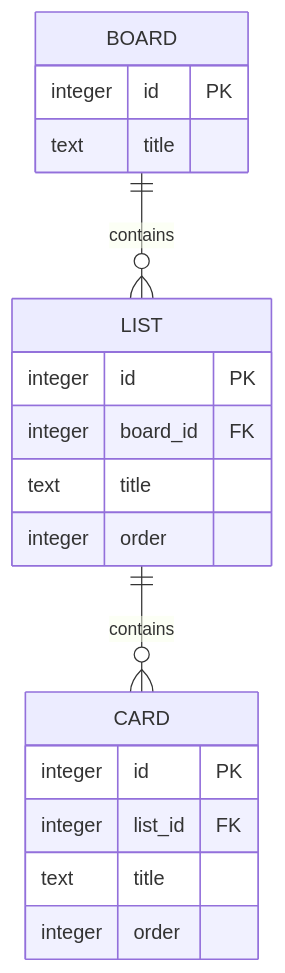
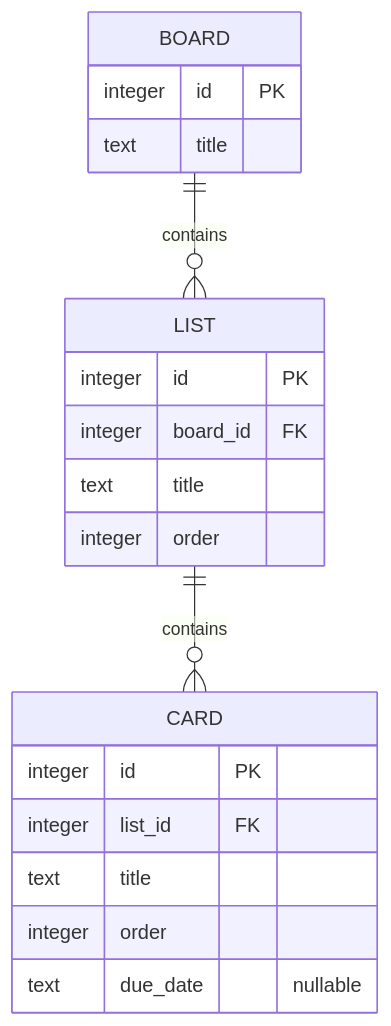
The second of 2 diagrams in trello-clone/docs/database-design.md (shoindex/AIproject), drawn with Mermaid before and after one commit. The commit also changed other lines of this file and 6 other files, not shown here.

````diff
--- a/trello-clone/docs/database-design.md
+++ b/trello-clone/docs/database-design.md
@@ -18,22 +18,23 @@
 ```mermaid
 erDiagram
     BOARD ||--o{ LIST : contains
     LIST ||--o{ CARD : contains
 
     BOARD {
         integer id PK
         text title
     }
     LIST {
         integer id PK
         integer board_id FK
         text title
         integer order
     }
     CARD {
         integer id PK
         integer list_id FK
         text title
         integer order
+        text due_date "nullable"
     }
 ```
````
